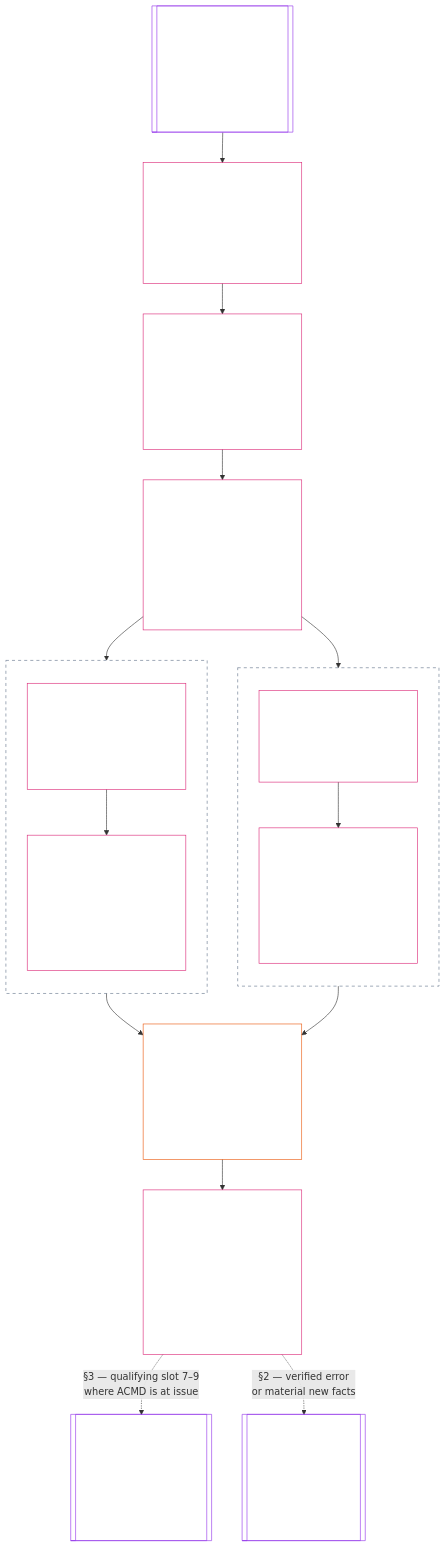
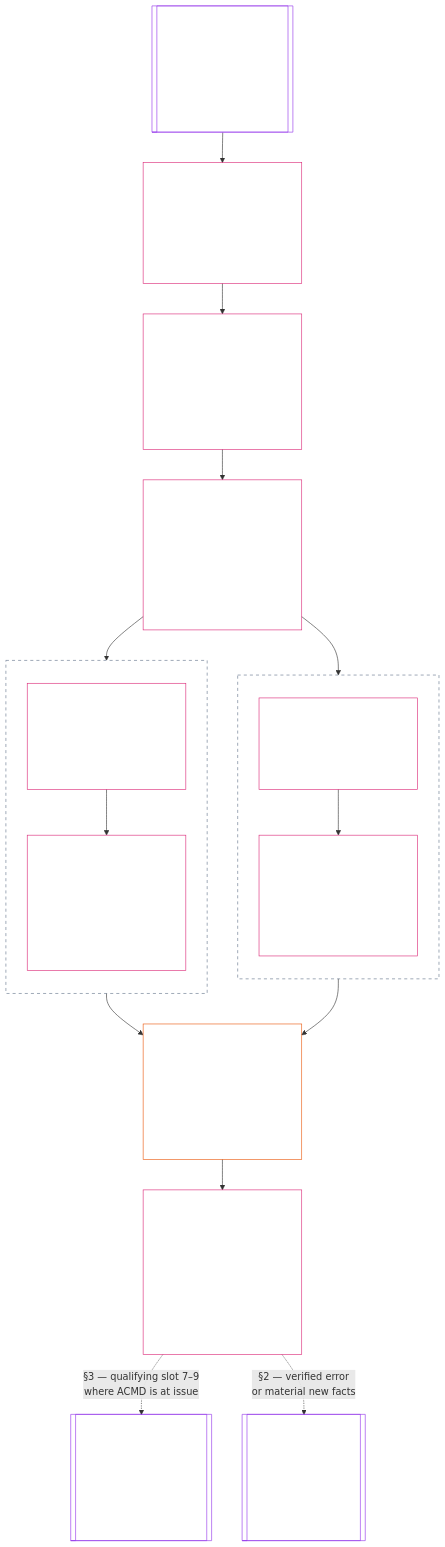
Before and after one commit to kfoelsch/Sentient_Constitution: the diagram in core_13.000_standing_integration.md, drawn with Mermaid. The commit also changed other lines of this file and 47 other files, not shown here.

First line of the commit message:
docs(ch13): clarify §2 and §3; retire "named pathway" for "gated pathway"

````diff
--- a/core_13.000_standing_integration.md
+++ b/core_13.000_standing_integration.md
@@ -55,47 +57,47 @@
 ```mermaid
 flowchart TB
     I[["Chapters Eleven and Twelve<br/><br/>Outside this chapter<br/><br/>Verified standing records and slots<br/>(Questions 1 and 2)"]]
     S2["§2 Chapter Eleven records do not change<br/><br/>Use only the standing records that apply<br/>Contribution and violation stay separate"]
     S3["§3 Automatic integration, review, and continuity<br/><br/>An integration record follows automatically<br/>The decision order is fixed"]
     S4["§4 Descriptor integration and attachment normalization<br/><br/>Shared descriptors and attachments are normalized<br/>Neither slot changes"]
     subgraph V["Violation track: decided first"]
         direction TB
         S5["§5 Violation, correction, and prevention<br/><br/>Remedy and correction,<br/>then general standing locks"]
         S6["§6 Lock design and enforcement<br/><br/>Definition, proportionality,<br/>special violation rules,<br/>special locks, and<br/>interim holds"]
         S5 --> S6
     end
     subgraph C["Contribution track: decided second"]
         direction TB
         S71["§7.1 Recency and currentness<br/><br/>How current the verified<br/>contribution still is"]
-        S72["§7.2 Competency bars and clearances<br/><br/>Only for named pathways<br/>that no lock blocks<br/>Never offsets a verified<br/>harm or cancels a lock"]
+        S72["§7.2 Competency bars and clearances<br/><br/>Only for gated pathways<br/>that no lock blocks<br/>Never offsets a verified<br/>harm or cancels a lock"]
         S71 --> S72
     end
-    S8["§8 Final standing effect<br/><br/>One effect for each named pathway:<br/>open, open with safeguards, limited,<br/>blocked, restoration-only, or no effect"]
+    S8["§8 Final standing effect<br/><br/>One effect for each gated pathway:<br/>open, open with safeguards, limited,<br/>blocked, restoration-only, or no effect"]
     S9["§9–§11 After the effect is stated<br/><br/>§9 Restoration and reassessment<br/>§10 Enforcement realism and remedy systems<br/>§11 Pattern applications and Question 3 routing"]
     X14[["Chapter Fourteen<br/><br/>Outside this chapter<br/><br/>Decides only the anti-constitutional-misconduct<br/>designation (ACMD)"]]
     X15[["Chapter Fifteen<br/><br/>Outside this chapter<br/><br/>Forum supervision<br/>Set aside, update,<br/>correct, or supersede<br/>a standing record"]]
     I --> S2
     S2 --> S3
     S3 --> S4
     S4 --> V
     S4 --> C
     V --> S8
     C --> S8
     S8 --> S9
     S9 -.->|"§3 — qualifying slot 7–9<br/>where ACMD is at issue"| X14
     S9 -.->|"§2 — verified error<br/>or material new facts"| X15
     style I fill:none,stroke:#9333ea,color:#ffffff
     style X14 fill:none,stroke:#9333ea,color:#ffffff
     style X15 fill:none,stroke:#9333ea,color:#ffffff
     style S2 fill:none,stroke:#db2777,color:#ffffff
     style S3 fill:none,stroke:#db2777,color:#ffffff
     style S4 fill:none,stroke:#db2777,color:#ffffff
     style S5 fill:none,stroke:#db2777,color:#ffffff
     style S6 fill:none,stroke:#db2777,color:#ffffff
     style S71 fill:none,stroke:#db2777,color:#ffffff
     style S72 fill:none,stroke:#db2777,color:#ffffff
     style S8 fill:none,stroke:#ea580c,color:#ffffff
     style S9 fill:none,stroke:#db2777,color:#ffffff
     style V fill:none,stroke:#64748b,color:#ffffff,stroke-dasharray: 5 5
     style C fill:none,stroke:#64748b,color:#ffffff,stroke-dasharray: 5 5
 ```
````
